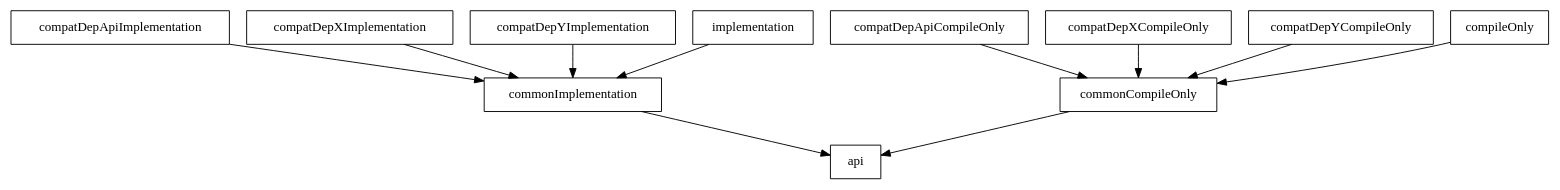
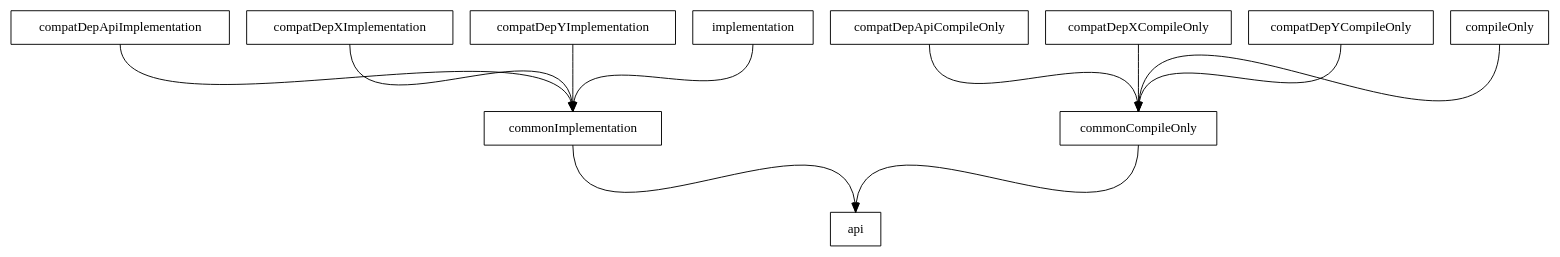
Before and after one commit to davidburstrom/version-compatibility-gradle-plugin: the diagram in docs/images/configurations.dot, drawn with Graphviz. The commit also changed 4 other files, not shown here.

Commit message:
Use graphs generated from GraphViz again

```diff
--- a/docs/images/configurations.dot
+++ b/docs/images/configurations.dot
@@ -1,15 +1,17 @@
 digraph configurations {
+    graph [ranksep=1]
     node [shape=box]
+    edge [tailport=s headport=n]
 
     compatDepApiCompileOnly -> commonCompileOnly;
     compatDepXCompileOnly -> commonCompileOnly;
     compatDepYCompileOnly -> commonCompileOnly;
     compileOnly -> commonCompileOnly;
     commonCompileOnly -> api;
 
     compatDepApiImplementation -> commonImplementation;
     compatDepXImplementation -> commonImplementation;
     compatDepYImplementation -> commonImplementation;
     implementation -> commonImplementation;
     commonImplementation -> api;
 }
```
